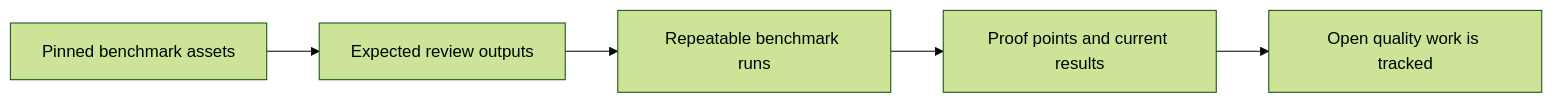
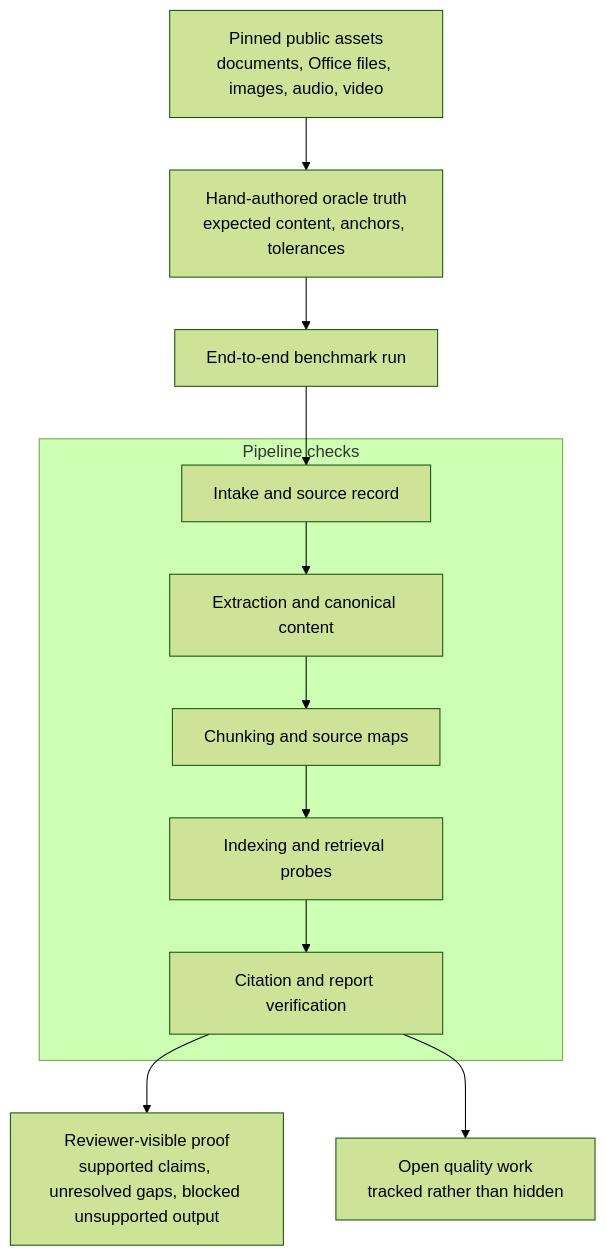
One commit to meAloex/LumiSense-Aspire changed the diagram in docs/media/04-benchmark-and-validation.md. Above: the diagram before and after it, drawn with Mermaid (forest theme). The commit also changed other lines of this file and 11 other files, not shown here.

````diff
--- a/docs/media/04-benchmark-and-validation.md
+++ b/docs/media/04-benchmark-and-validation.md
@@ -7,7 +7,19 @@
 ```mermaid
-flowchart LR
-    A["Pinned benchmark assets"] --> B["Expected review outputs"]
-    B --> C["Repeatable benchmark runs"]
-    C --> D["Proof points and current results"]
-    D --> E["Open quality work is tracked"]
+flowchart TB
+    A["Pinned public assets<br/>documents, Office files, images, audio, video"] --> B["Hand-authored oracle truth<br/>expected content, anchors, tolerances"]
+
+    B --> C["End-to-end benchmark run"]
+
+    subgraph C1["Pipeline checks"]
+        D["Intake and source record"]
+        E["Extraction and canonical content"]
+        F["Chunking and source maps"]
+        G["Indexing and retrieval probes"]
+        H["Citation and report verification"]
+    end
+
+    C --> D --> E --> F --> G --> H
+
+    H --> I["Reviewer-visible proof<br/>supported claims, unresolved gaps, blocked unsupported output"]
+    H --> J["Open quality work<br/>tracked rather than hidden"]
 ```
````
